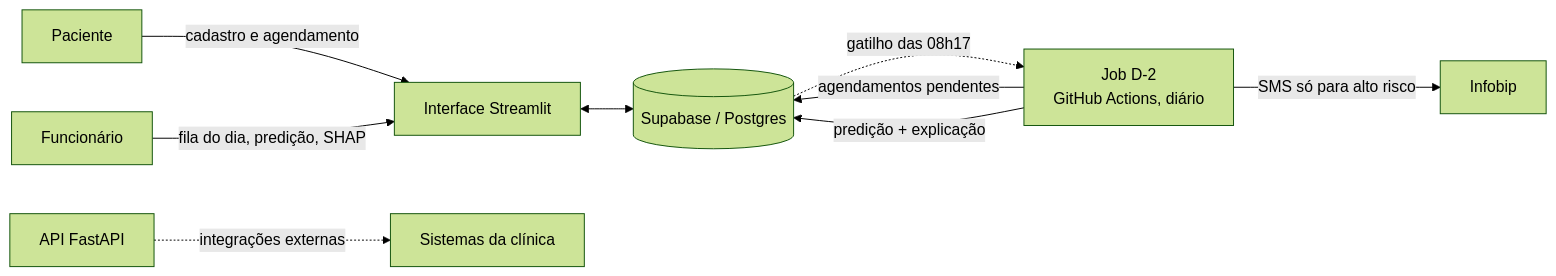
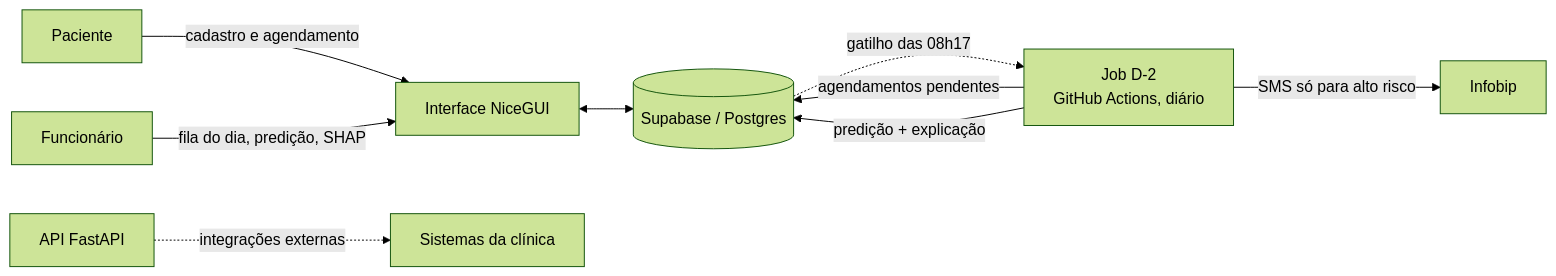
One commit to VL-in/ai-factory-saudeja changed the first of 2 diagrams in README.md. Above: the diagram before and after it, drawn with Mermaid (forest theme). The commit also changed other lines of this file and 32 other files, not shown here.

````diff
--- a/README.md
+++ b/README.md
@@ -90,11 +90,11 @@
 ```mermaid
 flowchart LR
-    P[Paciente] -->|cadastro e agendamento| UI[Interface Streamlit]
+    P[Paciente] -->|cadastro e agendamento| UI[Interface NiceGUI]
     F[Funcionário] -->|fila do dia, predição, SHAP| UI
     UI <--> DB[(Supabase / Postgres)]
     DB -.->|gatilho das 08h17| JOB
     JOB[Job D-2<br/>GitHub Actions, diário] -->|agendamentos pendentes| DB
     JOB -->|predição + explicação| DB
     JOB -->|SMS só para alto risco| SMS[Infobip]
     API[API FastAPI] -.->|integrações externas| EXT[Sistemas da clínica]
 ```
````
